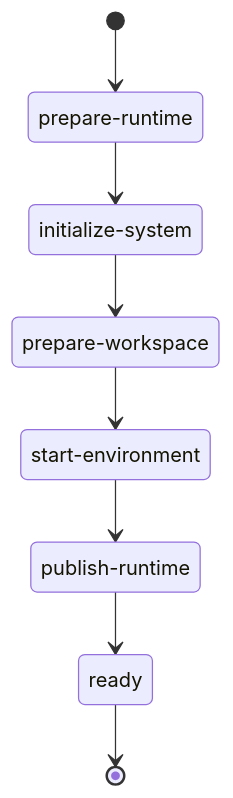
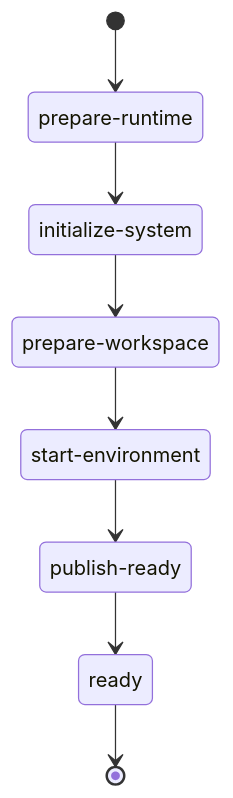
Before and after one commit to ExplodingDragon/gitea-dev: the ninth of 9 diagrams in src/state-machine.md, drawn with Mermaid. The commit also changed other lines of this file and 10 other files, not shown here.

````diff
--- a/src/state-machine.md
+++ b/src/state-machine.md
@@ -699,19 +701,19 @@
 ```mermaid
 stateDiagram-v2
     direction TB
 
     prepare_runtime: prepare-runtime
     initialize_system: initialize-system
     prepare_workspace: prepare-workspace
     start_environment: start-environment
-    publish_runtime: publish-runtime
+    publish_ready: publish-ready
     ready: ready
 
     [*] --> prepare_runtime
     prepare_runtime --> initialize_system
     initialize_system --> prepare_workspace
     prepare_workspace --> start_environment
-    start_environment --> publish_runtime
-    publish_runtime --> ready
+    start_environment --> publish_ready
+    publish_ready --> ready
     ready --> [*]
 ```
````
